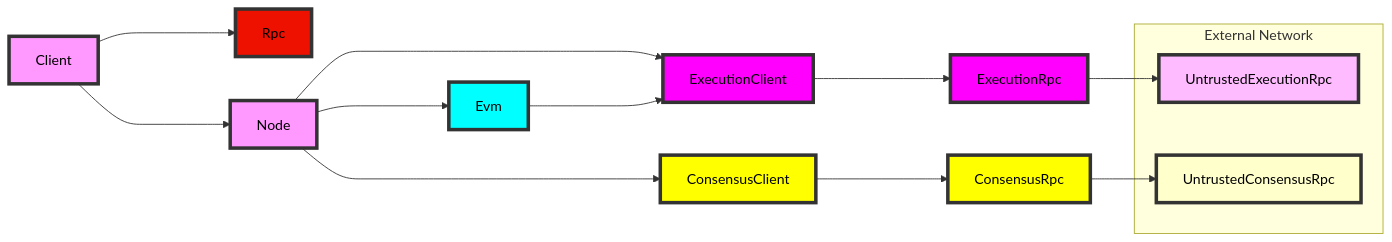
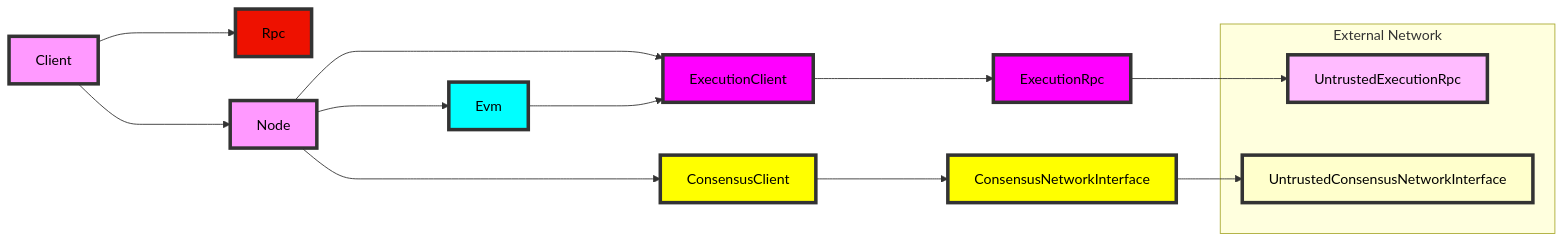
The diagram in README.md (a16z/helios), drawn with Mermaid before and after one commit. The commit also changed 15 other files, not shown here.

Commit message:
implementing discovery step 1: change name of the ConsensusRpc to reflect gnerality add a feature flag to conditionally support p2p and use extra crates add cli flag for consensus p2p

````diff
--- a/README.md
+++ b/README.md
@@ -152,35 +152,35 @@
 ```mermaid
 graph LR
 
 Client ----> Rpc
 Client ----> Node
 Node ----> ConsensusClient
 Node ----> ExecutionClient
 ExecutionClient ----> ExecutionRpc
-ConsensusClient ----> ConsensusRpc
+ConsensusClient ----> ConsensusNetworkInterface
 Node ----> Evm
 Evm ----> ExecutionClient
 ExecutionRpc --> UntrustedExecutionRpc
-ConsensusRpc --> UntrustedConsensusRpc
+ConsensusNetworkInterface --> UntrustedConsensusNetworkInterface
 
 classDef node fill:#f9f,stroke:#333,stroke-width:4px, color:black;
 class Node,Client node
 classDef execution fill:#f0f,stroke:#333,stroke-width:4px;
 class ExecutionClient,ExecutionRpc execution
 classDef consensus fill:#ff0,stroke:#333,stroke-width:4px;
-class ConsensusClient,ConsensusRpc consensus
+class ConsensusClient,ConsensusNetworkInterface consensus
 classDef evm fill:#0ff,stroke:#333,stroke-width:4px;
 class Evm evm
 classDef providerC fill:#ffc
-class UntrustedConsensusRpc providerC
+class UntrustedConsensusNetworkInterface providerC
 classDef providerE fill:#fbf
 class UntrustedExecutionRpc providerE
 classDef rpc fill:#e10
 class Rpc rpc
 
 
 subgraph "External Network"
 UntrustedExecutionRpc
-UntrustedConsensusRpc
+UntrustedConsensusNetworkInterface
 end
 ```
````
